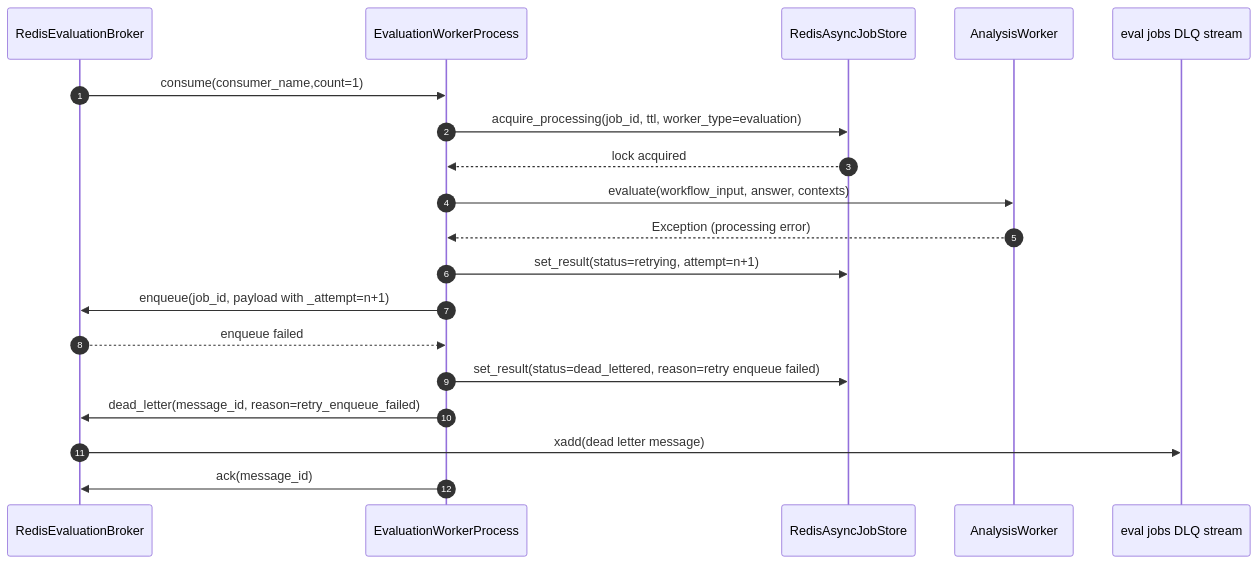
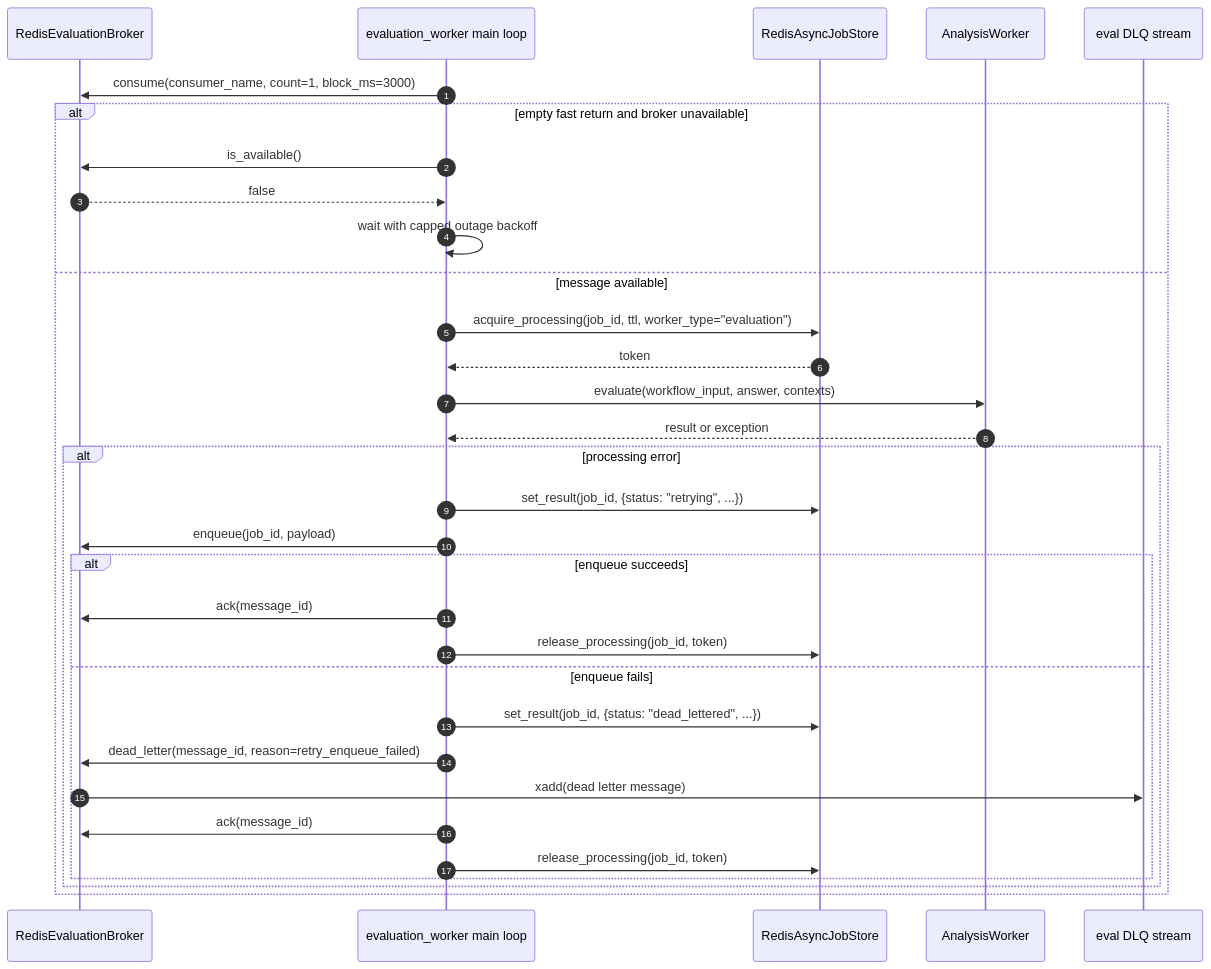
One commit to polarbeargo/GenAIND-Project-NASA-Mission-Intelligence-Starter changed diagram 12 of 18 in README.md. Above: the diagram before and after it, drawn with Mermaid. The commit also changed other lines of this file, not shown here.

````diff
--- a/README.md
+++ b/README.md
@@ -1092,22 +1147,35 @@
 ```mermaid
 sequenceDiagram
     autonumber
     participant B as RedisEvaluationBroker
-    participant W as EvaluationWorkerProcess
+    participant W as evaluation_worker main loop
     participant J as RedisAsyncJobStore
     participant A as AnalysisWorker
-    participant D as eval jobs DLQ stream
+    participant D as eval DLQ stream
 
-    B->>W: consume(consumer_name,count=1)
-    W->>J: acquire_processing(job_id, ttl, worker_type=evaluation)
-    J-->>W: lock acquired
-    W->>A: evaluate(workflow_input, answer, contexts)
-    A-->>W: Exception (processing error)
-    W->>J: set_result(status=retrying, attempt=n+1)
-    W->>B: enqueue(job_id, payload with _attempt=n+1)
-    B-->>W: enqueue failed
-    W->>J: set_result(status=dead_lettered, reason=retry enqueue failed)
-    W->>B: dead_letter(message_id, reason=retry_enqueue_failed)
-    B->>D: xadd(dead letter message)
-    W->>B: ack(message_id)
+    W->>B: consume(consumer_name, count=1, block_ms=3000)
+    alt empty fast return and broker unavailable
+        W->>B: is_available()
+        B-->>W: false
+        W->>W: wait with capped outage backoff
+    else message available
+        W->>J: acquire_processing(job_id, ttl, worker_type="evaluation")
+        J-->>W: token
+        W->>A: evaluate(workflow_input, answer, contexts)
+        A-->>W: result or exception
+        alt processing error
+            W->>J: set_result(job_id, {status: "retrying", ...})
+            W->>B: enqueue(job_id, payload)
+            alt enqueue succeeds
+                W->>B: ack(message_id)
+                W->>J: release_processing(job_id, token)
+            else enqueue fails
+                W->>J: set_result(job_id, {status: "dead_lettered", ...})
+                W->>B: dead_letter(message_id, reason=retry_enqueue_failed)
+                B->>D: xadd(dead letter message)
+                W->>B: ack(message_id)
+                W->>J: release_processing(job_id, token)
+            end
+        end
+    end
 ```
````
